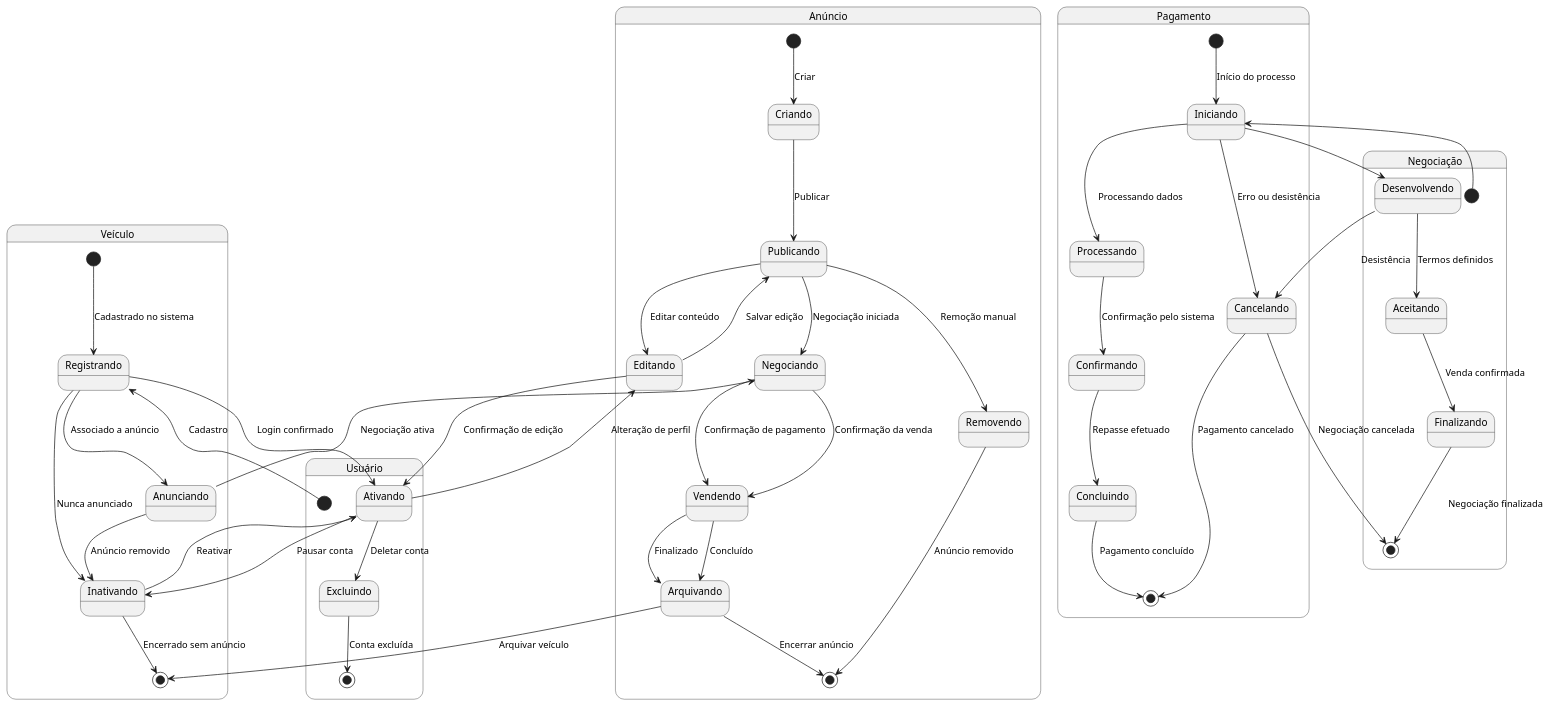
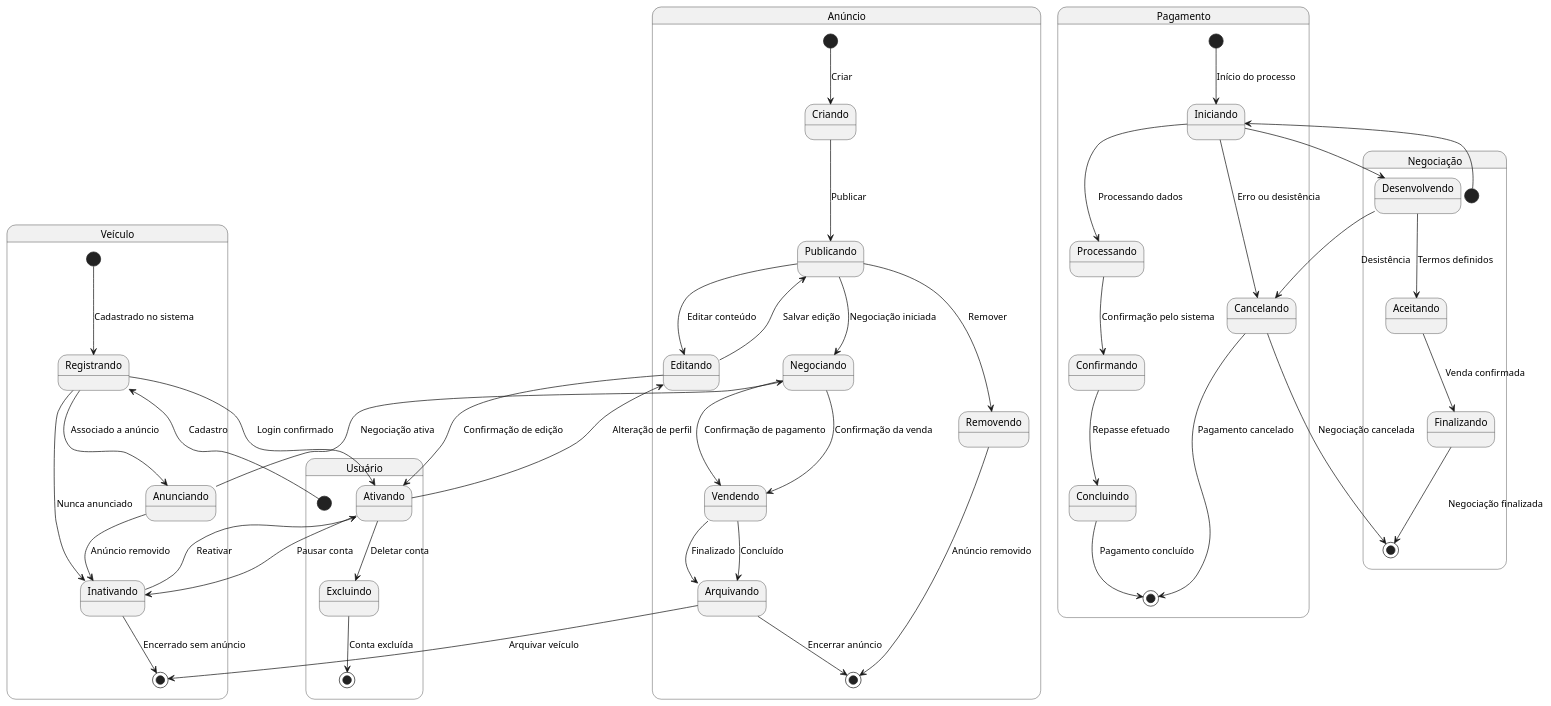
One commit to guilhermeoliveirateo/sistema-compra-venda-veiculos changed the diagram in diagrama_transicao_estado.md. Above: the diagram before and after it, drawn with PlantUML.

````diff
--- a/diagrama_transicao_estado.md
+++ b/diagrama_transicao_estado.md
@@ -9,65 +9,65 @@
 ```plantuml
 @startuml
 
 state "Anúncio" as Anuncio {
   [*] --> Criando : Criar
   Criando --> Publicando : Publicar
   Publicando --> Negociando : Negociação iniciada
   Negociando --> Vendendo : Confirmação de pagamento
   Vendendo --> Arquivando : Finalizado
   Arquivando --> [*] : Encerrar anúncio
 
   Publicando --> Editando : Editar conteúdo
   Editando --> Publicando : Salvar edição
-  Publicando --> Removendo : Remoção manual
+  Publicando --> Removendo : Remover
   Removendo --> [*] : Anúncio removido
 }
 
 state "Veículo" as Veiculo {
   [*] --> Registrando : Cadastrado no sistema
   Registrando --> Anunciando : Associado a anúncio
   Anunciando --> Negociando : Negociação ativa
   Negociando --> Vendendo : Confirmação da venda
   Vendendo --> Arquivando : Concluído
   Arquivando --> [*] : Arquivar veículo
 
   Registrando --> Inativando : Nunca anunciado
   Inativando --> [*] : Encerrado sem anúncio
   Anunciando --> Inativando : Anúncio removido
 }
 
 state "Usuário" as Usuario {
   [*] --> Registrando : Cadastro
   Registrando --> Ativando : Login confirmado
   Ativando --> Editando : Alteração de perfil
   Editando --> Ativando : Confirmação de edição
   Ativando --> Inativando : Pausar conta
   Inativando --> Ativando : Reativar
   Ativando --> Excluindo : Deletar conta
   Excluindo --> [*] : Conta excluída
 }
 
 state "Pagamento" as Pagamento {
   [*] --> Iniciando : Início do processo
   Iniciando --> Processando : Processando dados
   Processando --> Confirmando : Confirmação pelo sistema
   Confirmando --> Concluindo : Repasse efetuado
   Concluindo --> [*] : Pagamento concluído
 
   Iniciando --> Cancelando : Erro ou desistência
   Cancelando --> [*] : Pagamento cancelado
 }
 
 state "Negociação" as Negociacao {
   [*] --> Iniciando : Contato inicial
   Iniciando --> Desenvolvendo : Envio de mensagens
   Desenvolvendo --> Aceitando : Termos definidos
   Aceitando --> Finalizando : Venda confirmada
   Finalizando --> [*] : Negociação finalizada
 
   Desenvolvendo --> Cancelando : Desistência
   Cancelando --> [*] : Negociação cancelada
 }
 
 @enduml
 ```
````
